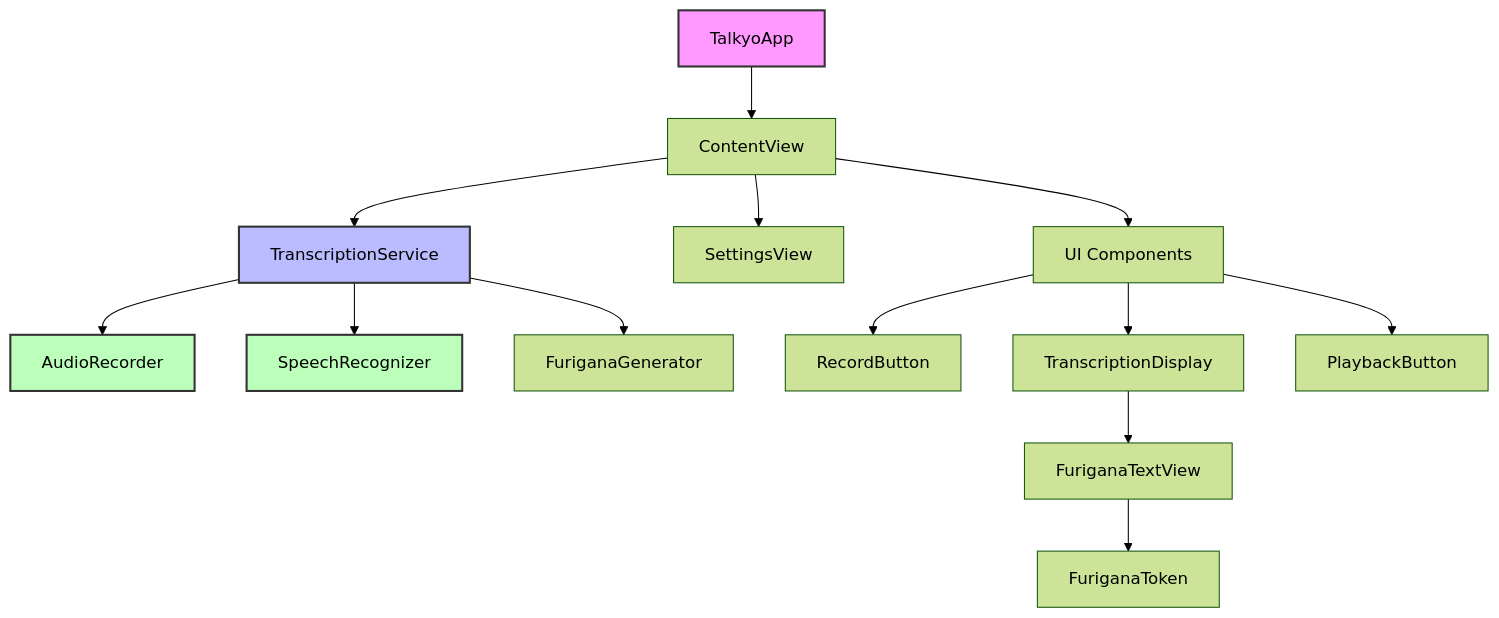
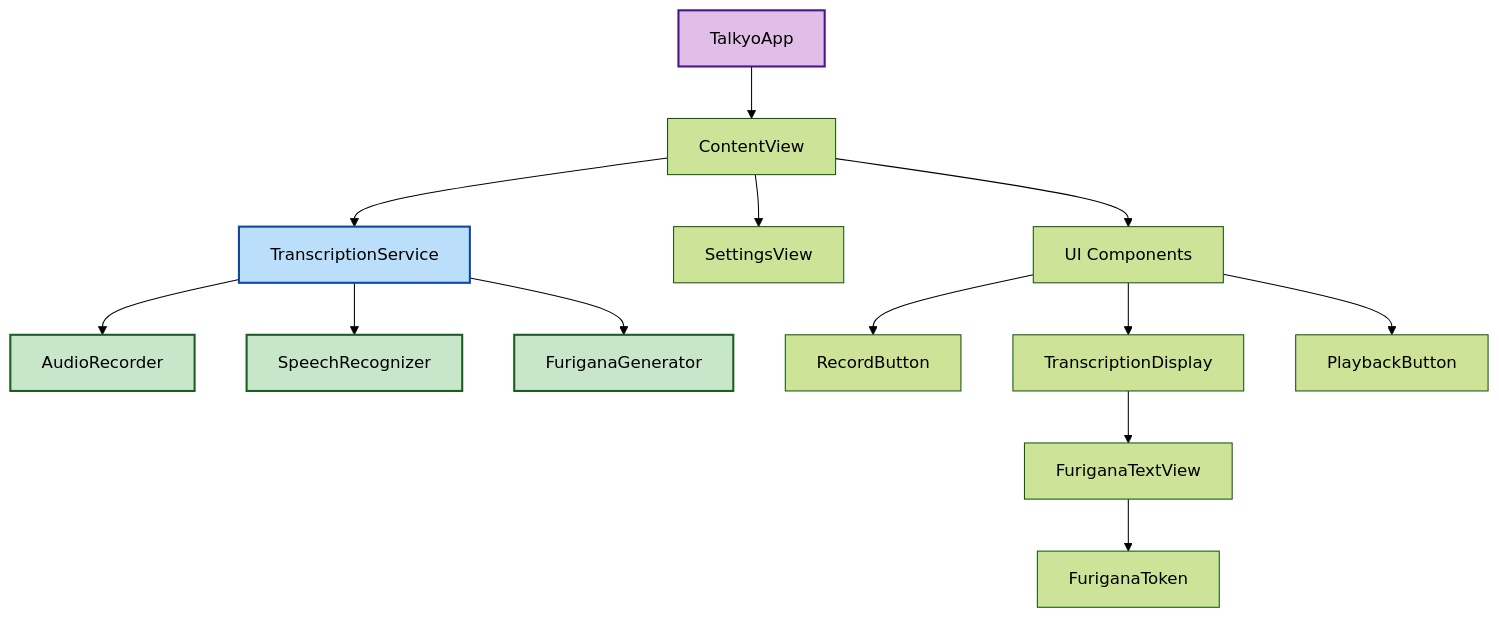
One commit to johnrees/Talkyo changed the diagram in README.md. Above: the diagram before and after it, drawn with Mermaid (forest theme).

Commit message:
Add clickable links to Mermaid diagram nodes
- Each node in the architecture diagram now links to its source file
- Makes it easy to navigate from the diagram to the actual code
- Improves documentation usability on GitHub

🤖 Generated with [Claude Code](https://claude.ai/code)

````diff
--- a/README.md
+++ b/README.md
@@ -61,23 +61,34 @@
 ```mermaid
 graph TD
     A[TalkyoApp] --> B[ContentView]
     B --> C[TranscriptionService]
     B --> D[SettingsView]
     B --> E[UI Components]
     
     C --> F[AudioRecorder]
     C --> G[SpeechRecognizer]
     C --> H[FuriganaGenerator]
     
     E --> I[RecordButton]
     E --> J[TranscriptionDisplay]
     E --> K[PlaybackButton]
     
     J --> L[FuriganaTextView]
     L --> M[FuriganaToken]
     
-    style A fill:#f9f,stroke:#333,stroke-width:2px
-    style C fill:#bbf,stroke:#333,stroke-width:2px
-    style F fill:#bfb,stroke:#333,stroke-width:2px
-    style G fill:#bfb,stroke:#333,stroke-width:2px
+    click A "Talkyo/TalkyoApp.swift"
+    click B "Talkyo/ContentView.swift"
+    click C "Talkyo/TranscriptionService.swift"
+    click D "Talkyo/SettingsView.swift"
+    click F "Talkyo/AudioRecorder.swift"
+    click G "Talkyo/SpeechRecognizer.swift"
+    click H "Talkyo/FuriganaGenerator.swift"
+    click L "Talkyo/FuriganaTextView.swift"
+    click M "Talkyo/FuriganaToken.swift"
+    
+    style A fill:#e1bee7,stroke:#4a148c,stroke-width:2px,color:#000
+    style C fill:#bbdefb,stroke:#0d47a1,stroke-width:2px,color:#000
+    style F fill:#c8e6c9,stroke:#1b5e20,stroke-width:2px,color:#000
+    style G fill:#c8e6c9,stroke:#1b5e20,stroke-width:2px,color:#000
+    style H fill:#c8e6c9,stroke:#1b5e20,stroke-width:2px,color:#000
 ```
````
